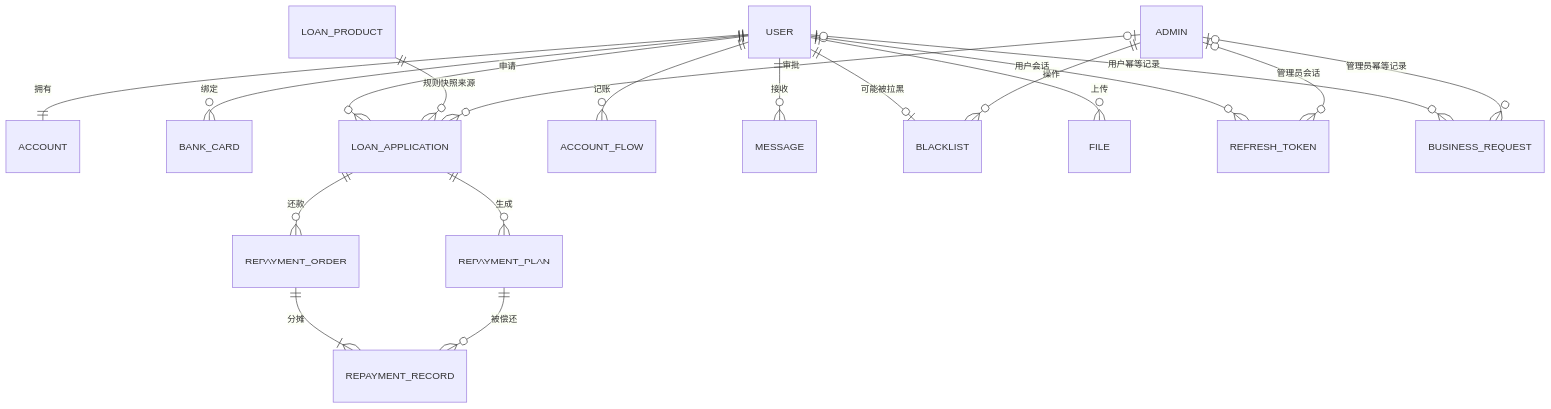
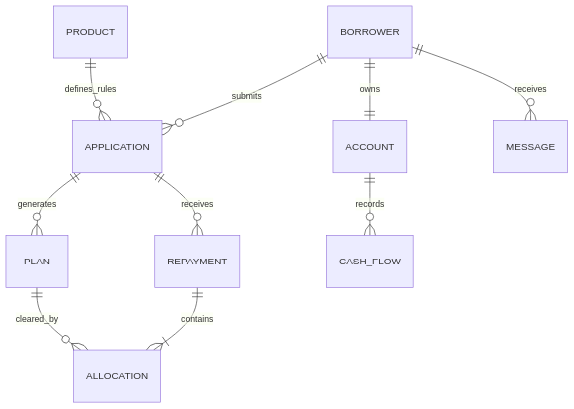
One commit to suwa-ko/FinLend changed the sixth of 7 diagrams in 需求分析报告/借贷软件平台需求分析报告.md. Above: the diagram before and after it, drawn with Mermaid. The commit also changed other lines of this file and 7 other files, not shown here.

````diff
--- a/需求分析报告/借贷软件平台需求分析报告.md
+++ b/需求分析报告/借贷软件平台需求分析报告.md
@@ -1915,21 +1441,12 @@
 ```mermaid
 erDiagram
-    USER ||--|| ACCOUNT : "拥有"
-    USER ||--o{ BANK_CARD : "绑定"
-    USER ||--o{ LOAN_APPLICATION : "申请"
-    LOAN_PRODUCT ||--o{ LOAN_APPLICATION : "规则快照来源"
-    ADMIN |o--o{ LOAN_APPLICATION : "审批"
-    LOAN_APPLICATION ||--o{ REPAYMENT_PLAN : "生成"
-    LOAN_APPLICATION ||--o{ REPAYMENT_ORDER : "还款"
-    REPAYMENT_ORDER ||--|{ REPAYMENT_RECORD : "分摊"
-    REPAYMENT_PLAN ||--o{ REPAYMENT_RECORD : "被偿还"
-    USER ||--o{ ACCOUNT_FLOW : "记账"
-    USER ||--o{ MESSAGE : "接收"
-    USER ||--o| BLACKLIST : "可能被拉黑"
-    ADMIN ||--o{ BLACKLIST : "操作"
-    USER ||--o{ FILE : "上传"
-    USER |o--o{ REFRESH_TOKEN : "用户会话"
-    ADMIN |o--o{ REFRESH_TOKEN : "管理员会话"
-    USER |o--o{ BUSINESS_REQUEST : "用户幂等记录"
-    ADMIN |o--o{ BUSINESS_REQUEST : "管理员幂等记录"
+    BORROWER ||--|| ACCOUNT : owns
+    BORROWER ||--o{ APPLICATION : submits
+    PRODUCT ||--o{ APPLICATION : defines_rules
+    APPLICATION ||--o{ PLAN : generates
+    APPLICATION ||--o{ REPAYMENT : receives
+    REPAYMENT ||--|{ ALLOCATION : contains
+    PLAN ||--o{ ALLOCATION : cleared_by
+    ACCOUNT ||--o{ CASH_FLOW : records
+    BORROWER ||--o{ MESSAGE : receives
 ```
````
